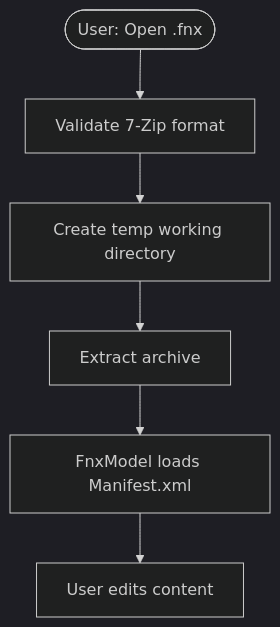
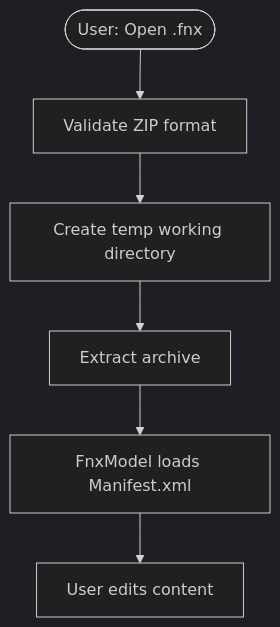
The second of 3 diagrams in Fernanda/docs/Notebooks.md (fairybow/Fernanda), drawn with Mermaid (dark theme) before and after one commit. The commit also changed other lines of this file and 5 other files, not shown here.

````diff
--- a/Fernanda/docs/Notebooks.md
+++ b/Fernanda/docs/Notebooks.md
@@ -328,8 +328,8 @@
 ```mermaid
 flowchart TD
-    Start([User: Open .fnx]) --> Validate[Validate 7-Zip format]
+    Start([User: Open .fnx]) --> Validate[Validate ZIP format]
     Validate --> CreateTemp[Create temp working directory]
     CreateTemp --> Extract[Extract archive]
     Extract --> LoadModel[FnxModel loads Manifest.xml]
     LoadModel --> Work[User edits content]
 ```
````
